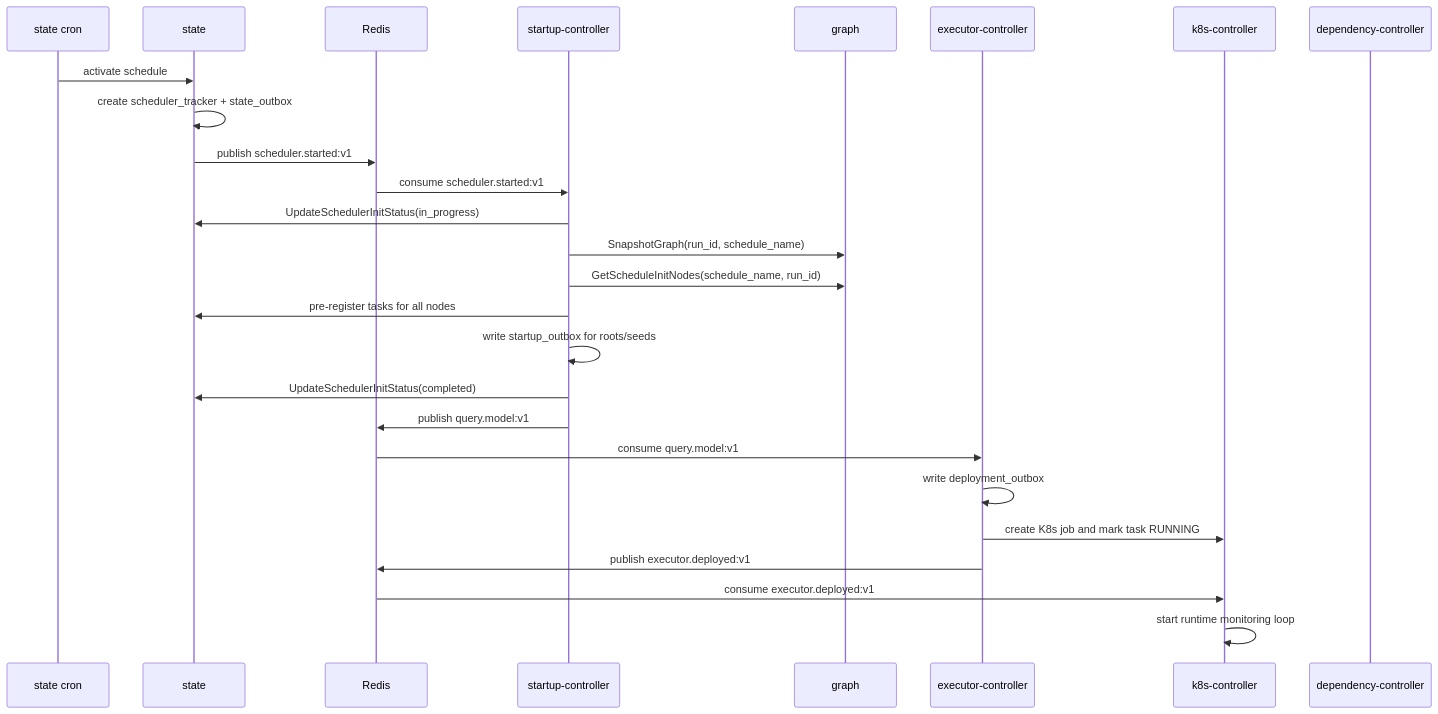
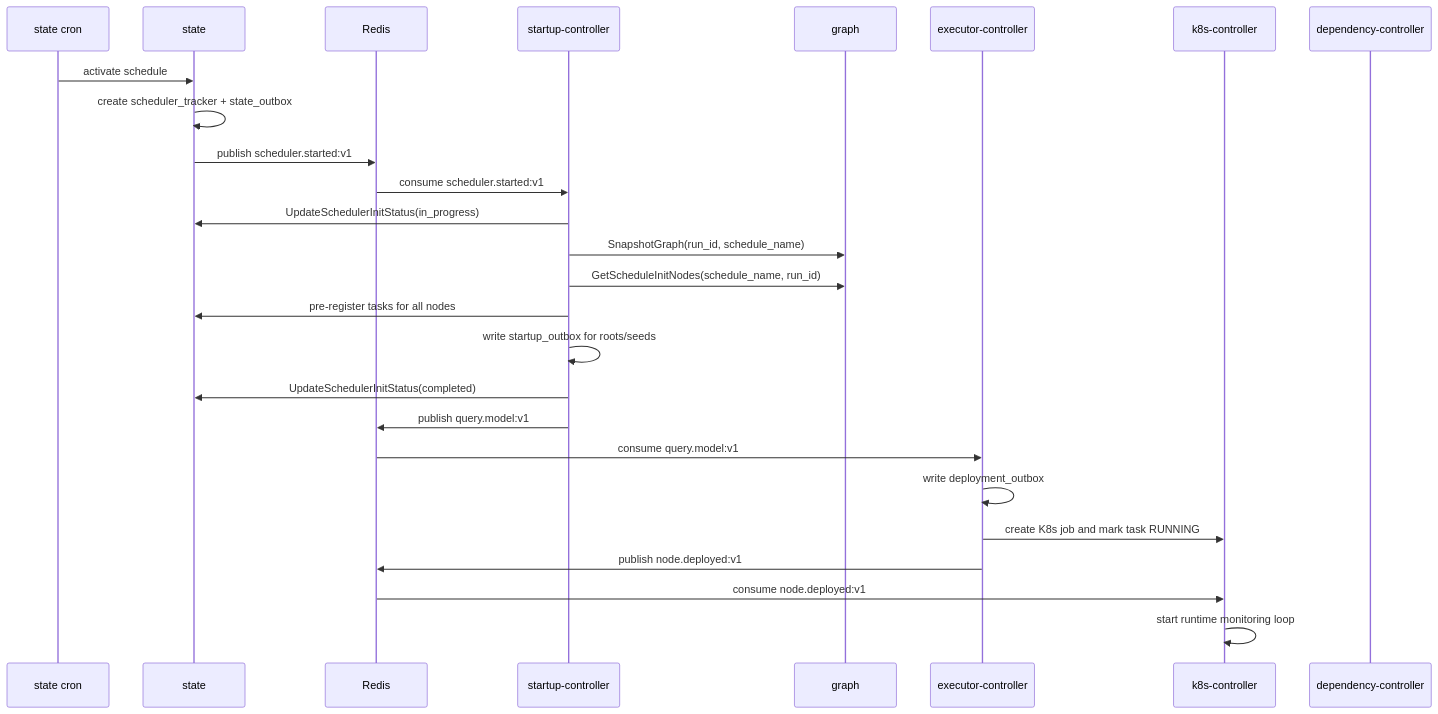
One commit to carolsimone/continuo changed the first of 5 diagrams in docs/arch/03-sequence-flows.md. Above: the diagram before and after it, drawn with Mermaid. The commit also changed other lines of this file and 39 other files, not shown here.

````diff
--- a/docs/arch/03-sequence-flows.md
+++ b/docs/arch/03-sequence-flows.md
@@ -5,29 +5,29 @@
 ```mermaid
 sequenceDiagram
   participant Cron as state cron
   participant ST as state
   participant R as Redis
   participant SC as startup-controller
   participant GR as graph
   participant EC as executor-controller
   participant KC as k8s-controller
   participant DC as dependency-controller
 
   Cron->>ST: activate schedule
   ST->>ST: create scheduler_tracker + state_outbox
   ST->>R: publish scheduler.started:v1
   R->>SC: consume scheduler.started:v1
   SC->>ST: UpdateSchedulerInitStatus(in_progress)
   SC->>GR: SnapshotGraph(run_id, schedule_name)
   SC->>GR: GetScheduleInitNodes(schedule_name, run_id)
   SC->>ST: pre-register tasks for all nodes
   SC->>SC: write startup_outbox for roots/seeds
   SC->>ST: UpdateSchedulerInitStatus(completed)
   SC->>R: publish query.model:v1
   R->>EC: consume query.model:v1
   EC->>EC: write deployment_outbox
   EC->>KC: create K8s job and mark task RUNNING
-  EC->>R: publish executor.deployed:v1
-  R->>KC: consume executor.deployed:v1
+  EC->>R: publish node.deployed:v1
+  R->>KC: consume node.deployed:v1
   KC->>KC: start runtime monitoring loop
 ```
````
